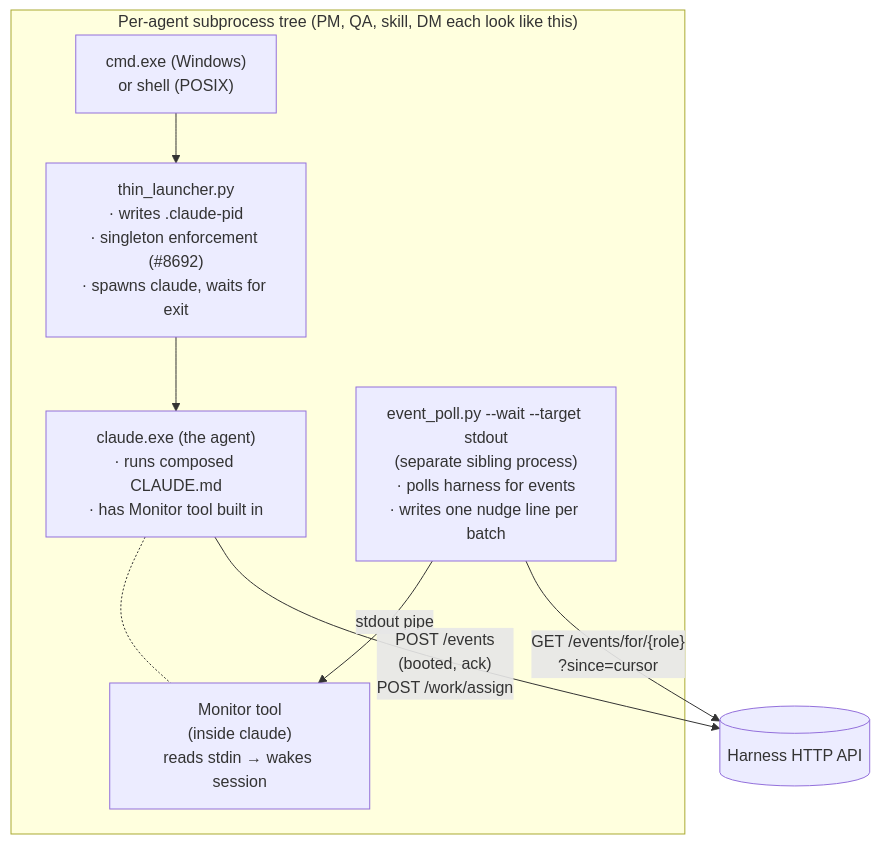
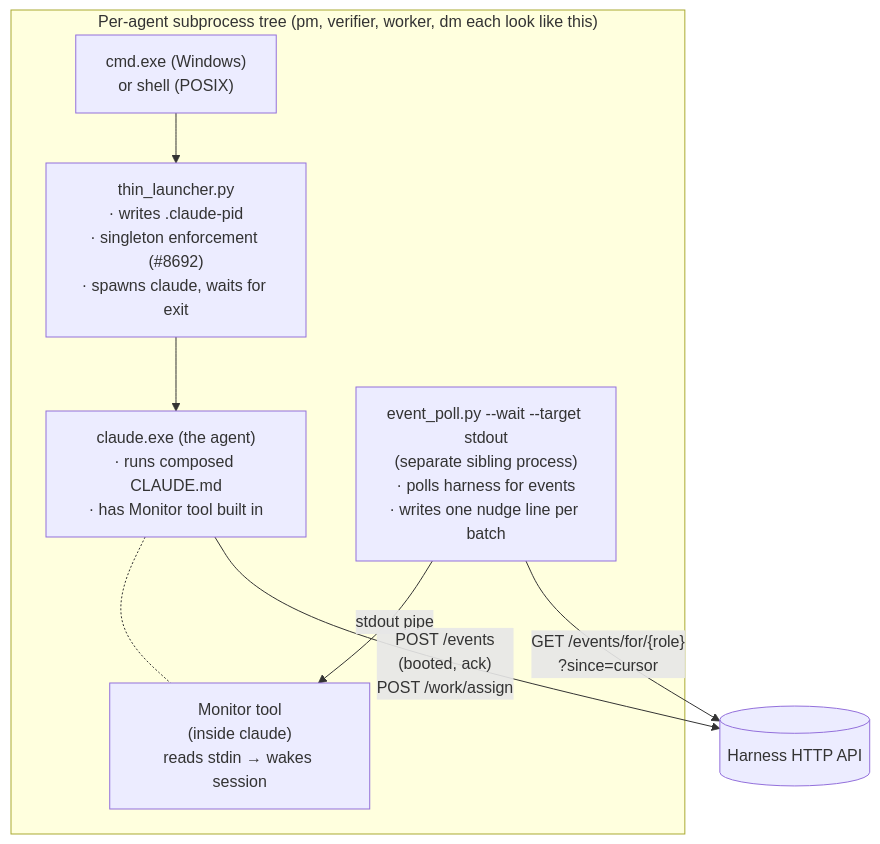
The fourth of 10 diagrams in docs/EVENT-ARCHITECTURE.md (WallyDoodlez/SquidSquad), drawn with Mermaid before and after one commit. The commit also changed other lines of this file, not shown here.

````diff
--- a/docs/EVENT-ARCHITECTURE.md
+++ b/docs/EVENT-ARCHITECTURE.md
@@ -168,19 +181,19 @@
 ```mermaid
 flowchart TB
-    subgraph agent_tree["Per-agent subprocess tree (PM, QA, skill, DM each look like this)"]
+    subgraph agent_tree["Per-agent subprocess tree (pm, verifier, worker, dm each look like this)"]
         Cmd["cmd.exe (Windows)<br/>or shell (POSIX)"]
         TL["thin_launcher.py<br/>· writes .claude-pid<br/>· singleton enforcement (#8692)<br/>· spawns claude, waits for exit"]
         Claude["claude.exe (the agent)<br/>· runs composed CLAUDE.md<br/>· has Monitor tool built in"]
         Monitor["Monitor tool<br/>(inside claude)<br/>reads stdin → wakes session"]
         Poll["event_poll.py --wait --target stdout<br/>(separate sibling process)<br/>· polls harness for events<br/>· writes one nudge line per batch"]
 
         Cmd --> TL
         TL --> Claude
         Claude -.- Monitor
         Poll -- "stdout pipe" --> Monitor
     end
 
     HarnessAPI[("Harness HTTP API")]
     Poll -- "GET /events/for/{role}<br/>?since=cursor" --> HarnessAPI
     Claude -- "POST /events<br/>(booted, ack)<br/>POST /work/assign" --> HarnessAPI
 ```
````
